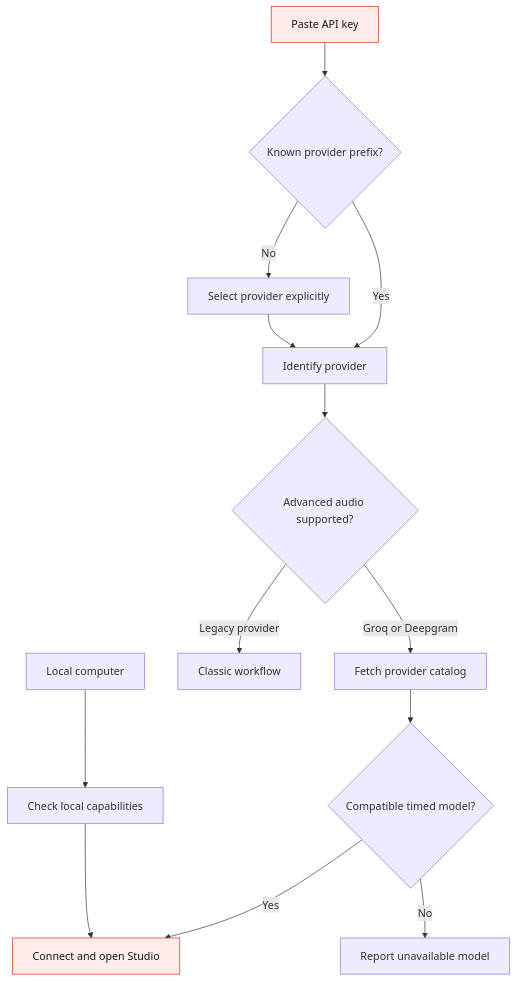
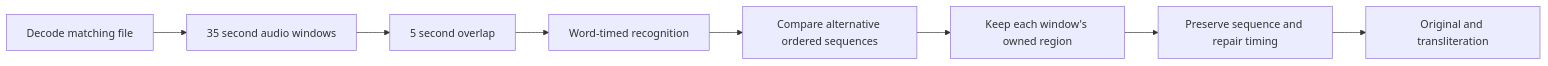
The second of 5 diagrams in README.md (abhishek6966/Youtube-Transcribe-Downloader), drawn with Mermaid before and after one commit. The commit also changed other lines of this file and 32 other files, not shown here.

````diff
--- a/README.md
+++ b/README.md
@@ -186,17 +79,10 @@
 ```mermaid
-flowchart TD
-    A[Paste API key] --> B{Known provider prefix?}
-    B -->|No| C[Select provider explicitly]
-    B -->|Yes| D[Identify provider]
-    C --> D
-    D --> E{Advanced audio supported?}
-    E -->|Groq or Deepgram| F[Fetch provider catalog]
-    F --> G{Compatible timed model?}
-    G -->|Yes| H[Connect and open Studio]
-    G -->|No| I[Report unavailable model]
-    E -->|Legacy provider| J[Classic workflow]
-    K[Local computer] --> L[Check local capabilities]
-    L --> H
-    classDef red fill:#fdecea,stroke:#e62117,color:#181818
-    class A,H red
+flowchart LR
+    A[Decode matching file] --> B[35 second audio windows]
+    B --> C[5 second overlap]
+    C --> D[Word-timed recognition]
+    D --> E[Compare alternative ordered sequences]
+    E --> F[Keep each window's owned region]
+    F --> G[Preserve sequence and repair timing]
+    G --> H[Original and transliteration]
 ```
````
